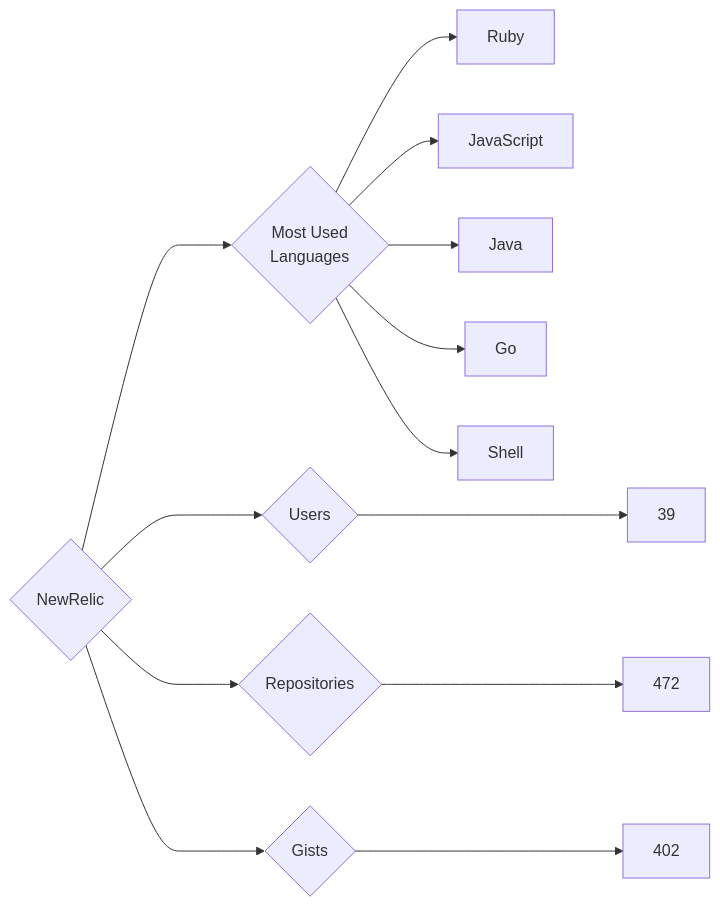
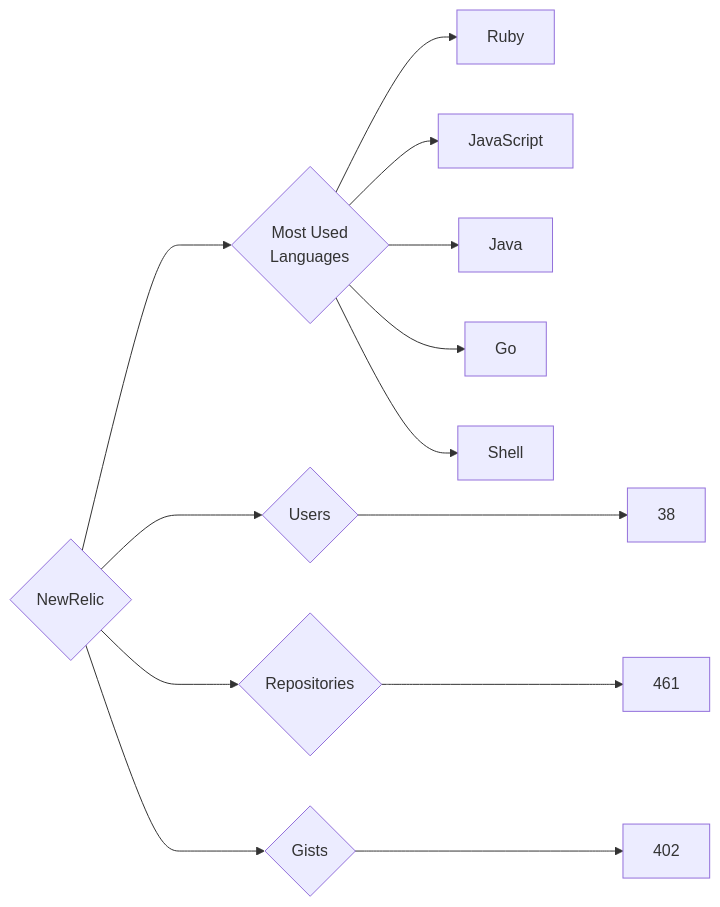
Before and after one commit to trickest/insiders: the diagram in targets/NewRelic/README.md, drawn with Mermaid. The commit also changed 715 other files, not shown here.

````diff
--- a/targets/NewRelic/README.md
+++ b/targets/NewRelic/README.md
@@ -3,13 +3,13 @@
 ```mermaid
 graph LR
 COMPANY_NAME{NewRelic}
-COMPANY_NAME ---> U{Users} ---> UN[39]
-COMPANY_NAME ---> R{Repositories} ---> RN[472]
+COMPANY_NAME ---> U{Users} ---> UN[38]
+COMPANY_NAME ---> R{Repositories} ---> RN[461]
 COMPANY_NAME ---> G{Gists} ---> GN[402]
 COMPANY_NAME ---> ML{Most Used<br>Languages}
 ML --> Ruby[Ruby]
 ML --> JavaScript[JavaScript]
 ML --> Java[Java]
 ML --> Go[Go]
 ML --> Shell[Shell]
 ```
````
